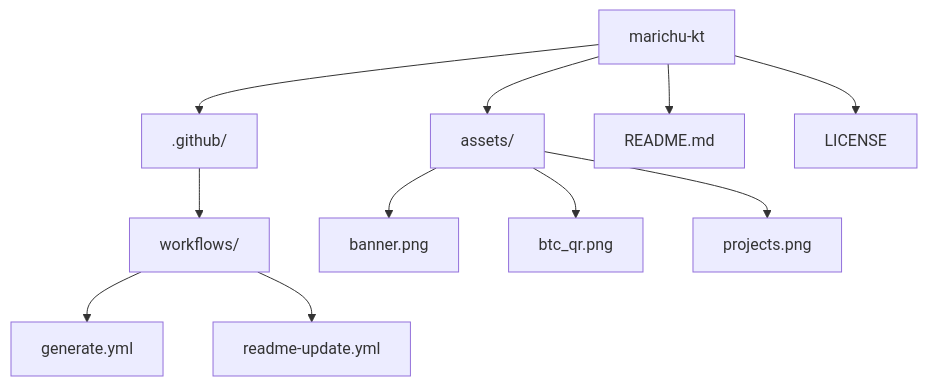
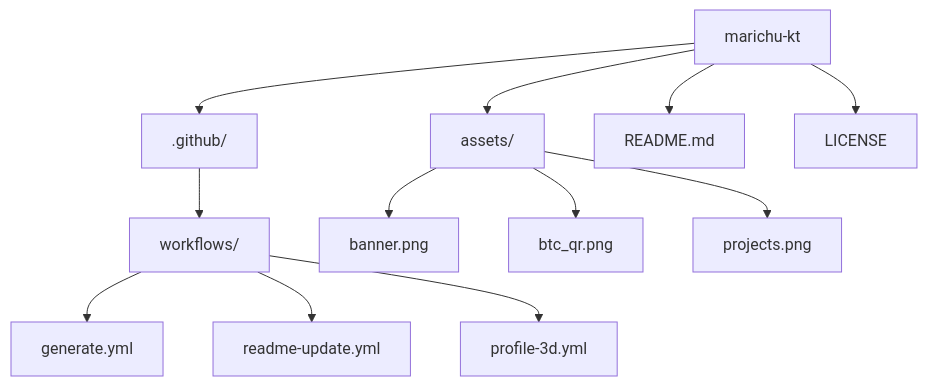
One commit to marichu-kt/marichu-kt changed the diagram in README.md. Above: the diagram before and after it, drawn with Mermaid.

````diff
--- a/README.md
+++ b/README.md
@@ -126,13 +126,14 @@
 ```mermaid
 graph TD
   A[marichu-kt] --> B[.github/]
   B --> C[workflows/]
   C --> D[generate.yml]
   C --> K[readme-update.yml]
+  C --> L[profile-3d.yml]
   A --> E[assets/]
   E --> F[banner.png]
   E --> I[btc_qr.png]
   E --> J[projects.png]
   A --> G[README.md]
   A --> H[LICENSE]
 ```
````
